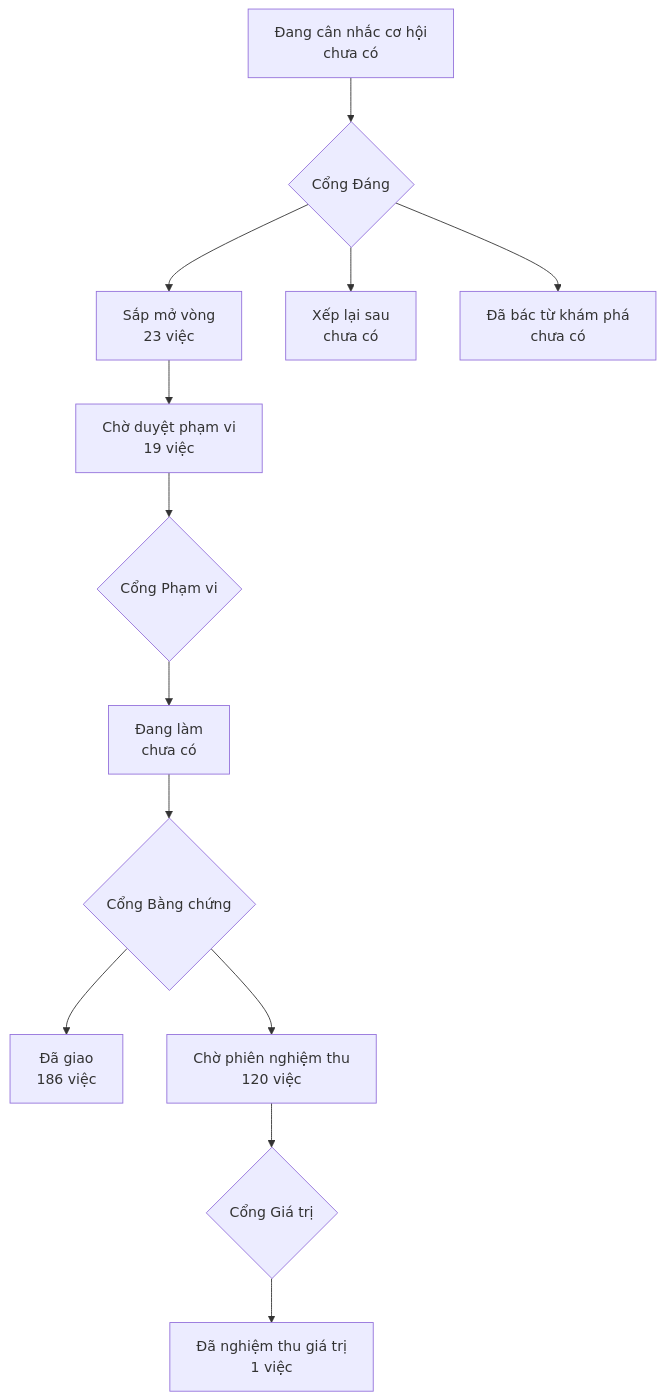
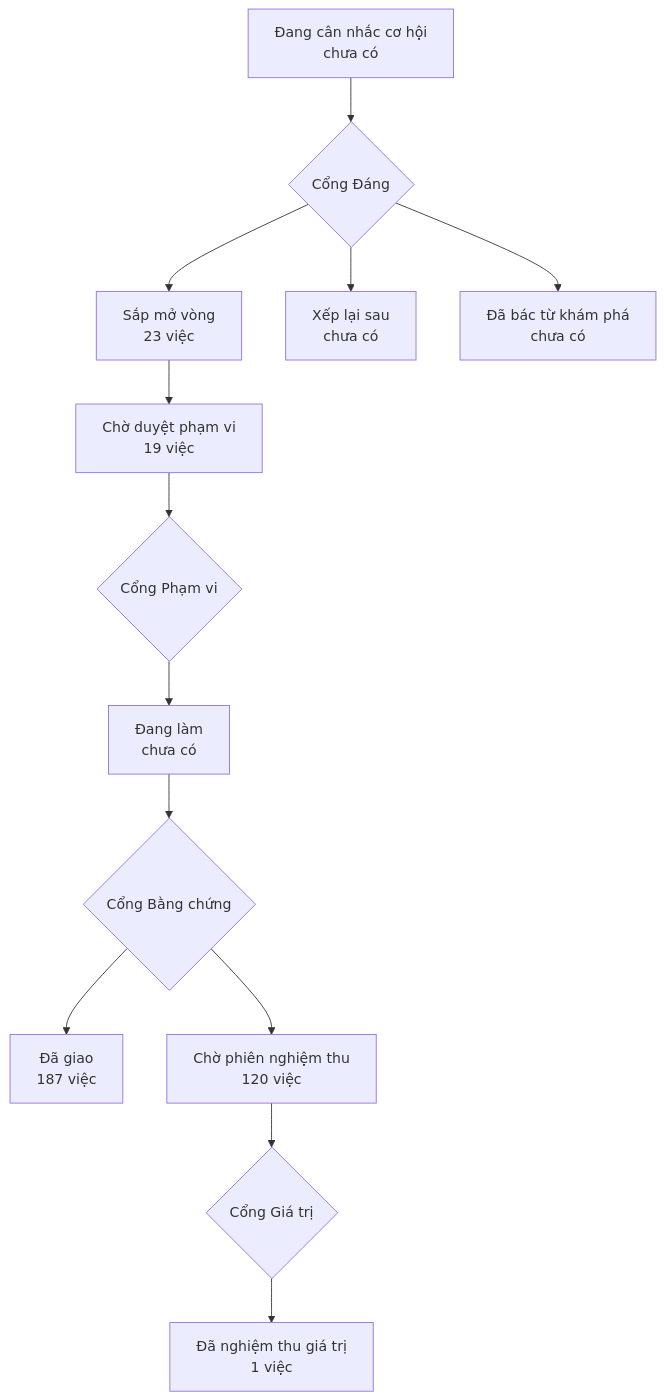
One commit to phanlemanh/onehub-invest changed the diagram in PRODUCT-MAP.md. Above: the diagram before and after it, drawn with Mermaid. The commit also changed other lines of this file and 1 other file, not shown here.

Commit message:
chore: sinh lại bản đồ sau khi gộp main ddd3578c

````diff
--- a/PRODUCT-MAP.md
+++ b/PRODUCT-MAP.md
@@ -7,12 +7,12 @@
 ```mermaid
 flowchart TD
   A["Đang cân nhắc cơ hội<br/>chưa có"] --> GD{"Cổng Đáng"}
   GD --> B["Sắp mở vòng<br/>23 việc"]
   GD --> XL["Xếp lại sau<br/>chưa có"]
   GD --> DB["Đã bác từ khám phá<br/>chưa có"]
   B --> CD["Chờ duyệt phạm vi<br/>19 việc"] --> GP{"Cổng Phạm vi"}
   GP --> DL["Đang làm<br/>chưa có"] --> GB{"Cổng Bằng chứng"}
-  GB --> DG["Đã giao<br/>186 việc"]
+  GB --> DG["Đã giao<br/>187 việc"]
   GB --> CN["Chờ phiên nghiệm thu<br/>120 việc"] --> GG{"Cổng Giá trị"}
   GG --> NT["Đã nghiệm thu giá trị<br/>1 việc"]
 ```
````
